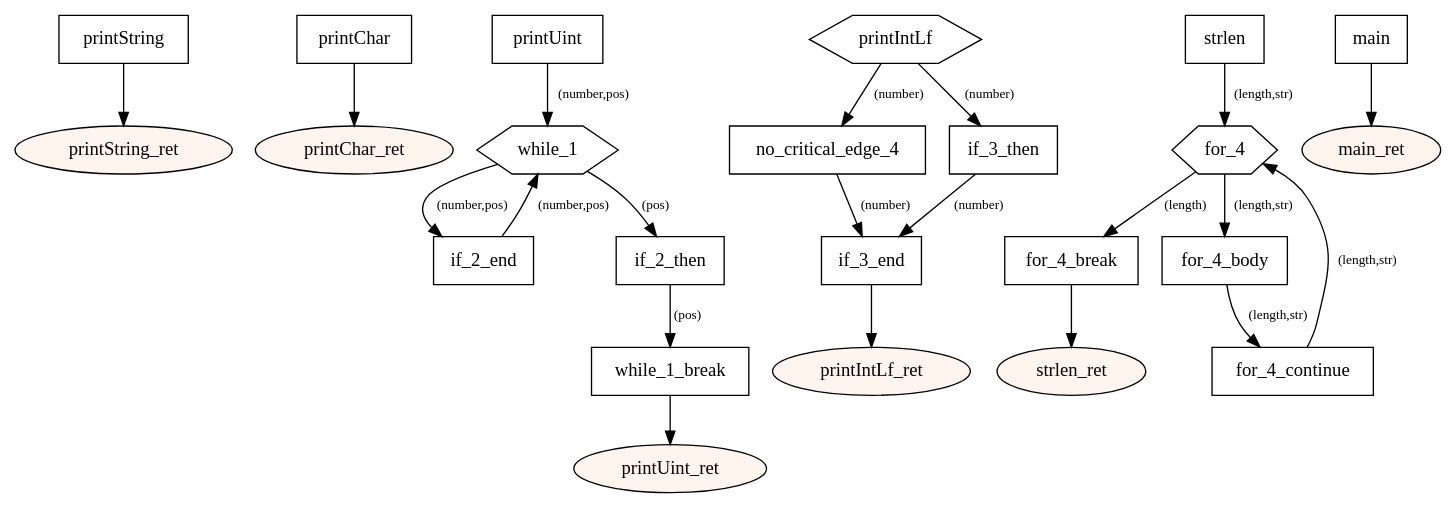
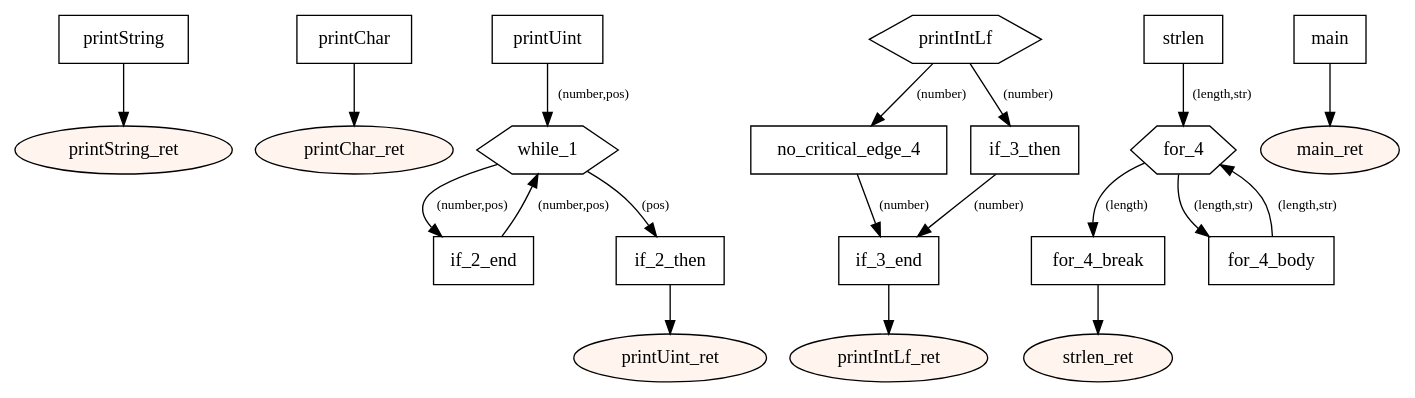
The diagram in src/main/resources-test/01 comparison.dot (tmssngr/tinyC), drawn with Graphviz before and after one commit. The commit also changed 34 other files, not shown here.

```diff
--- a/src/main/resources-test/01 comparison.dot
+++ b/src/main/resources-test/01 comparison.dot
@@ -1,58 +1,54 @@
 digraph program {
 	edge[fontsize="10pt"];
 	subgraph fn_printString {
 		BasicBlock_0_printString [label="printString",shape=box];
 		BasicBlock_0_printString -> BasicBlock_0_printString_ret;
 		BasicBlock_0_printString_ret [label="printString_ret",shape=oval,style=filled,fillcolor="#fff5ee"];
 	}
 	subgraph fn_printChar {
 		BasicBlock_1_printChar [label="printChar",shape=box];
 		BasicBlock_1_printChar -> BasicBlock_1_printChar_ret;
 		BasicBlock_1_printChar_ret [label="printChar_ret",shape=oval,style=filled,fillcolor="#fff5ee"];
 	}
 	subgraph fn_printUint {
 		BasicBlock_2_printUint [label="printUint",shape=box];
 		BasicBlock_2_printUint -> BasicBlock_2_while_1 [label="(number,pos)"];
 		BasicBlock_2_while_1 [label="while_1",shape=hexagon];
 		BasicBlock_2_while_1 -> BasicBlock_2_if_2_end [label="(number,pos)"];
 		BasicBlock_2_while_1 -> BasicBlock_2_if_2_then [label="(pos)"];
 		BasicBlock_2_if_2_then [label="if_2_then",shape=box];
-		BasicBlock_2_if_2_then -> BasicBlock_2_while_1_break [label="(pos)"];
-		BasicBlock_2_while_1_break [label="while_1_break",shape=box];
-		BasicBlock_2_while_1_break -> BasicBlock_2_printUint_ret;
+		BasicBlock_2_if_2_then -> BasicBlock_2_printUint_ret;
 		BasicBlock_2_if_2_end [label="if_2_end",shape=box];
 		BasicBlock_2_if_2_end -> BasicBlock_2_while_1 [label="(number,pos)"];
 		BasicBlock_2_printUint_ret [label="printUint_ret",shape=oval,style=filled,fillcolor="#fff5ee"];
 	}
 	subgraph fn_printIntLf {
 		BasicBlock_3_printIntLf [label="printIntLf",shape=hexagon];
 		BasicBlock_3_printIntLf -> BasicBlock_3_no_critical_edge_4 [label="(number)"];
 		BasicBlock_3_printIntLf -> BasicBlock_3_if_3_then [label="(number)"];
 		BasicBlock_3_if_3_then [label="if_3_then",shape=box];
 		BasicBlock_3_if_3_then -> BasicBlock_3_if_3_end [label="(number)"];
 		BasicBlock_3_no_critical_edge_4 [label="no_critical_edge_4",shape=box];
 		BasicBlock_3_no_critical_edge_4 -> BasicBlock_3_if_3_end [label="(number)"];
 		BasicBlock_3_if_3_end [label="if_3_end",shape=box];
 		BasicBlock_3_if_3_end -> BasicBlock_3_printIntLf_ret;
 		BasicBlock_3_printIntLf_ret [label="printIntLf_ret",shape=oval,style=filled,fillcolor="#fff5ee"];
 	}
 	subgraph fn_strlen {
 		BasicBlock_4_strlen [label="strlen",shape=box];
 		BasicBlock_4_strlen -> BasicBlock_4_for_4 [label="(length,str)"];
 		BasicBlock_4_for_4 [label="for_4",shape=hexagon];
 		BasicBlock_4_for_4 -> BasicBlock_4_for_4_break [label="(length)"];
 		BasicBlock_4_for_4 -> BasicBlock_4_for_4_body [label="(length,str)"];
 		BasicBlock_4_for_4_body [label="for_4_body",shape=box];
-		BasicBlock_4_for_4_body -> BasicBlock_4_for_4_continue [label="(length,str)"];
-		BasicBlock_4_for_4_continue [label="for_4_continue",shape=box];
-		BasicBlock_4_for_4_continue -> BasicBlock_4_for_4 [label="(length,str)"];
+		BasicBlock_4_for_4_body -> BasicBlock_4_for_4 [label="(length,str)"];
 		BasicBlock_4_for_4_break [label="for_4_break",shape=box];
 		BasicBlock_4_for_4_break -> BasicBlock_4_strlen_ret;
 		BasicBlock_4_strlen_ret [label="strlen_ret",shape=oval,style=filled,fillcolor="#fff5ee"];
 	}
 	subgraph fn_main {
 		BasicBlock_5_main [label="main",shape=box];
 		BasicBlock_5_main -> BasicBlock_5_main_ret;
 		BasicBlock_5_main_ret [label="main_ret",shape=oval,style=filled,fillcolor="#fff5ee"];
 	}
 }
```
